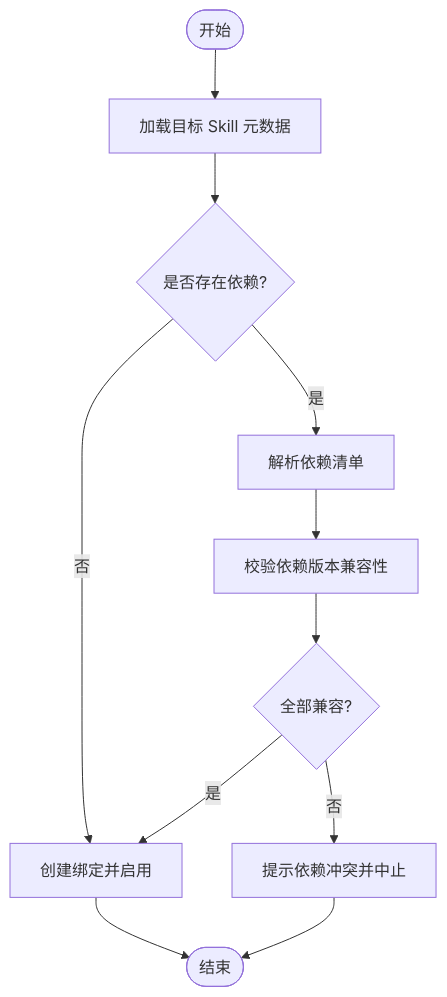
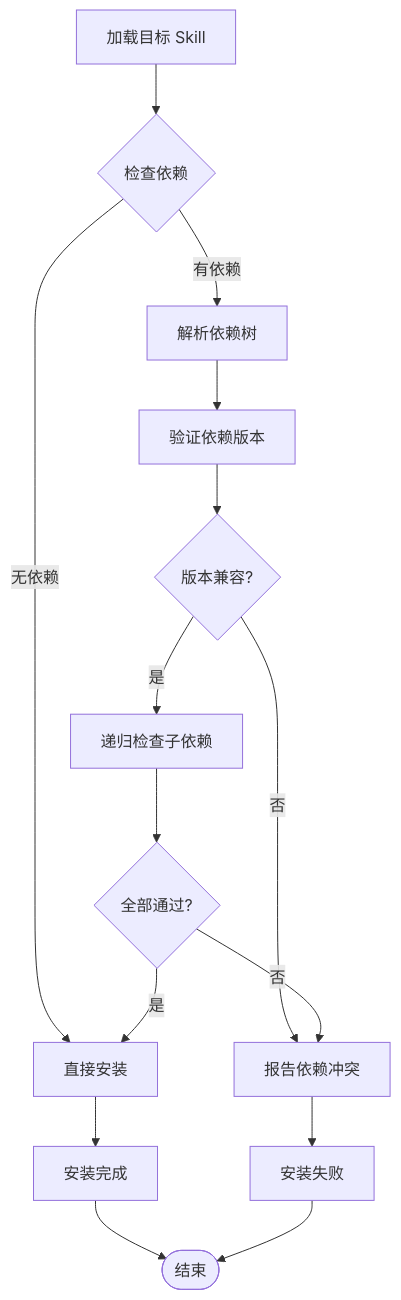
Before and after one commit to ai-guru-global/agent-up: the fifth of 6 diagrams in .qoder/repowiki/zh/content/功能模块/Skills 市场.md, drawn with Mermaid. The commit also changed other lines of this file and 57 other files, not shown here.

````diff
--- a/.qoder/repowiki/zh/content/功能模块/Skills 市场.md
+++ b/.qoder/repowiki/zh/content/功能模块/Skills 市场.md
@@ -207,13 +322,17 @@
 ```mermaid
 flowchart TD
-Start(["开始"]) --> Load["加载目标 Skill 元数据"]
-Load --> CheckDeps{"是否存在依赖?"}
-CheckDeps --> |否| Install["创建绑定并启用"]
-CheckDeps --> |是| Resolve["解析依赖清单"]
-Resolve --> Validate["校验依赖版本兼容性"]
-Validate --> Valid{"全部兼容?"}
-Valid --> |否| Fail["提示依赖冲突并中止"]
-Valid --> |是| Install
-Install --> End(["结束"])
+Load["加载目标 Skill"] --> CheckDeps{"检查依赖"}
+CheckDeps --> |无依赖| Install["直接安装"]
+CheckDeps --> |有依赖| Resolve["解析依赖树"]
+Resolve --> Validate["验证依赖版本"]
+Validate --> Compatible{"版本兼容?"}
+Compatible --> |否| Conflict["报告依赖冲突"]
+Compatible --> |是| Recursive["递归检查子依赖"]
+Recursive --> AllOK{"全部通过?"}
+AllOK --> |否| Conflict
+AllOK --> |是| Install
+Install --> Complete["安装完成"]
+Conflict --> Fail["安装失败"]
+Complete --> End(["结束"])
 Fail --> End
 ```
````
